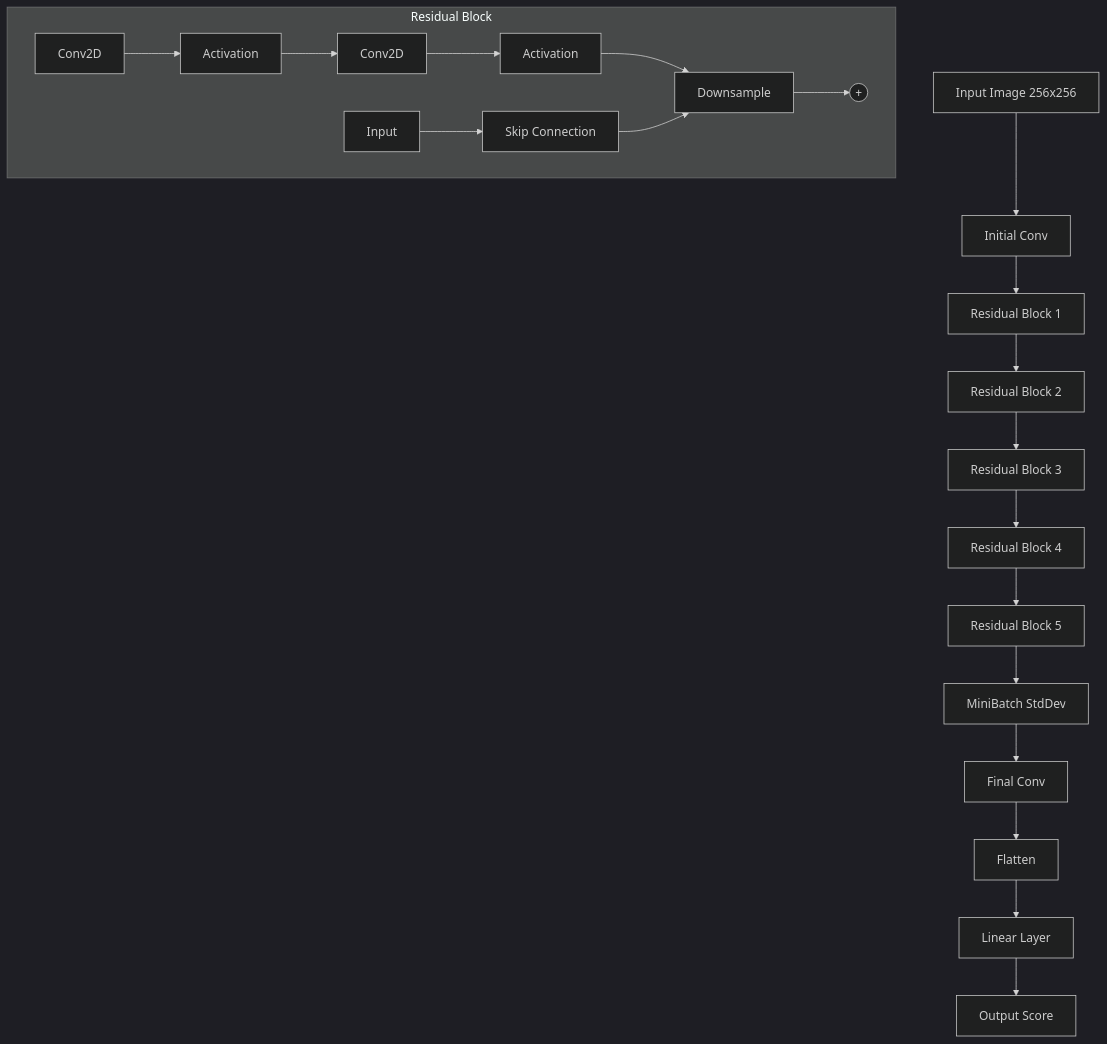
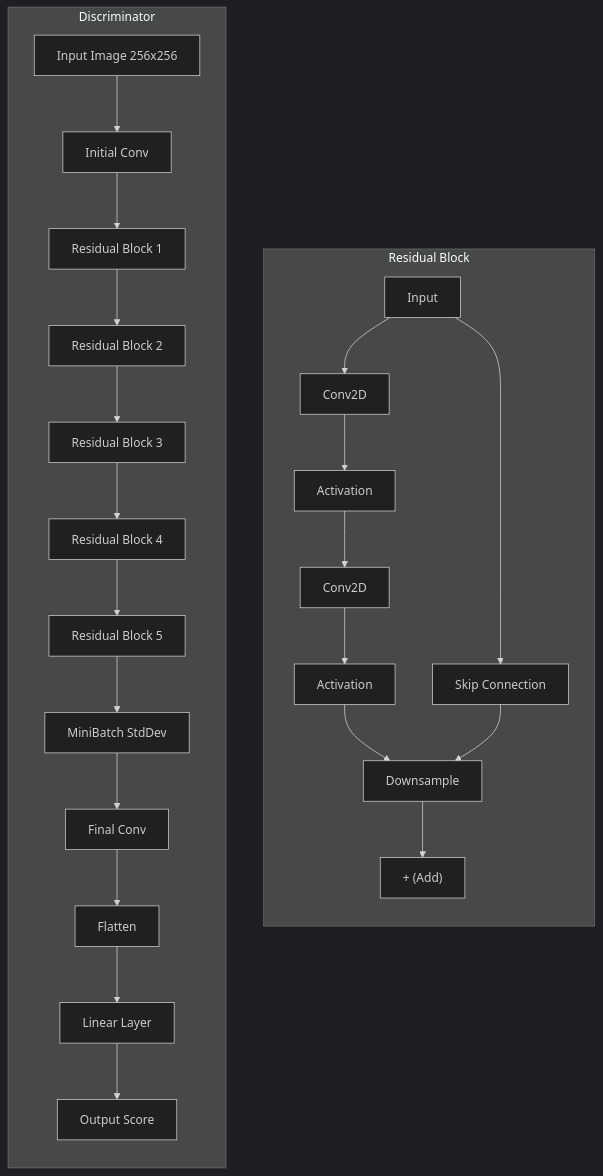
One commit to shakes76/PatternAnalysis-2024 changed the second of 2 diagrams in recognition/45836769_styleGan2/README.md. Above: the diagram before and after it, drawn with Mermaid (dark theme). The commit also changed other lines of this file and 3 other files, not shown here.

Commit message:
Updated references. Added requirements table to readme. Fixed graphs in readme.

````diff
--- a/recognition/45836769_styleGan2/README.md
+++ b/recognition/45836769_styleGan2/README.md
@@ -62,24 +66,29 @@
 ```mermaid
-graph TD
-    In[Input Image 256x256] --> IC[Initial Conv]
-    IC --> RB1[Residual Block 1]
-    RB1 --> RB2[Residual Block 2]
-    RB2 --> RB3[Residual Block 3]
-    RB3 --> RB4[Residual Block 4]
-    RB4 --> RB5[Residual Block 5]
-    RB5 --> MSD[MiniBatch StdDev]
-    MSD --> FC[Final Conv]
-    FC --> FL[Flatten]
-    FL --> LL[Linear Layer]
-    LL --> Out[Output Score]
-    
-    subgraph "Residual Block"
-        C1[Conv2D] --> A1[Activation]
-        A1 --> C2[Conv2D]
-        C2 --> A2[Activation]
-        A2 --> DS[Downsample]
-        In1[Input] --> SC[Skip Connection]
-        SC --> DS
-        DS --> Add((+))
-    end
+graph TB
+subgraph "Residual Block"
+    direction TB
+    In1["Input"] --> C1["Conv2D"]
+    In1 --> SC["Skip Connection"]
+    C1 --> A1["Activation"]
+    A1 --> C2["Conv2D"]
+    C2 --> A2["Activation"]
+    A2 --> DS["Downsample"]
+    SC --> DS
+    DS --> Add["+ (Add)"]
+end
+
+subgraph "Discriminator"
+    direction TB
+    In["Input Image 256x256"] --> IC["Initial Conv"]
+    IC --> RB1["Residual Block 1"]
+    RB1 --> RB2["Residual Block 2"]
+    RB2 --> RB3["Residual Block 3"]
+    RB3 --> RB4["Residual Block 4"]
+    RB4 --> RB5["Residual Block 5"]
+    RB5 --> MSD["MiniBatch StdDev"]
+    MSD --> FC["Final Conv"]
+    FC --> FL["Flatten"]
+    FL --> LL["Linear Layer"]
+    LL --> Out["Output Score"]
+end
 ```
````
